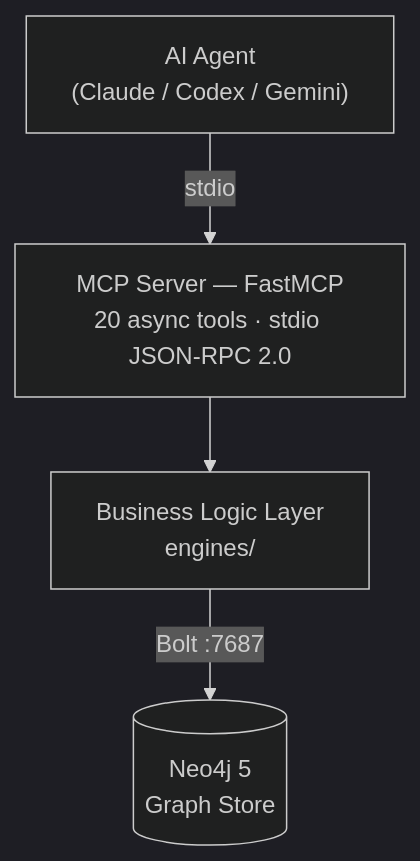
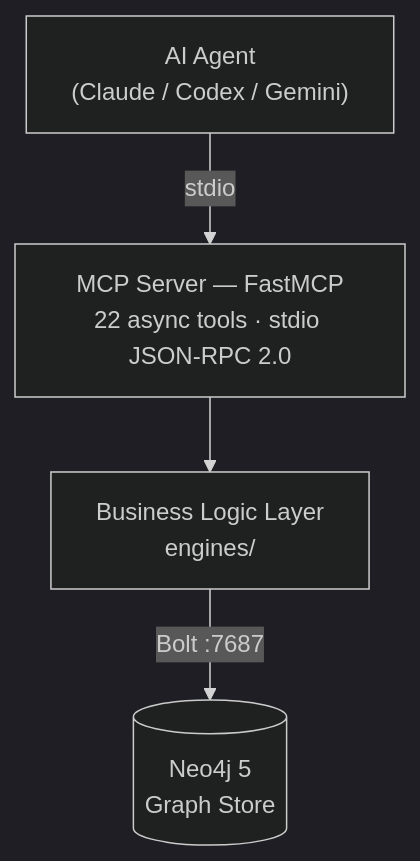
One commit to khoavu882/graphbase-memories-mcp changed the diagram in docs/index.md. Above: the diagram before and after it, drawn with Mermaid (dark theme). The commit also changed other lines of this file and 2 other files, not shown here.

Commit message:
docs: sync tool count to 22, add memory_surface/memory_freshness, document graph overview

````diff
--- a/docs/index.md
+++ b/docs/index.md
@@ -17,11 +17,11 @@
 ```mermaid
 graph TD
     A["AI Agent<br/>(Claude / Codex / Gemini)"]
-    B["MCP Server — FastMCP<br/>20 async tools · stdio JSON-RPC 2.0"]
+    B["MCP Server — FastMCP<br/>22 async tools · stdio JSON-RPC 2.0"]
     C["Business Logic Layer<br/>engines/"]
     I[("Neo4j 5<br/>Graph Store")]
 
     A -->|"stdio"| B
     B --> C
     C -->|"Bolt :7687"| I
 ```
````
